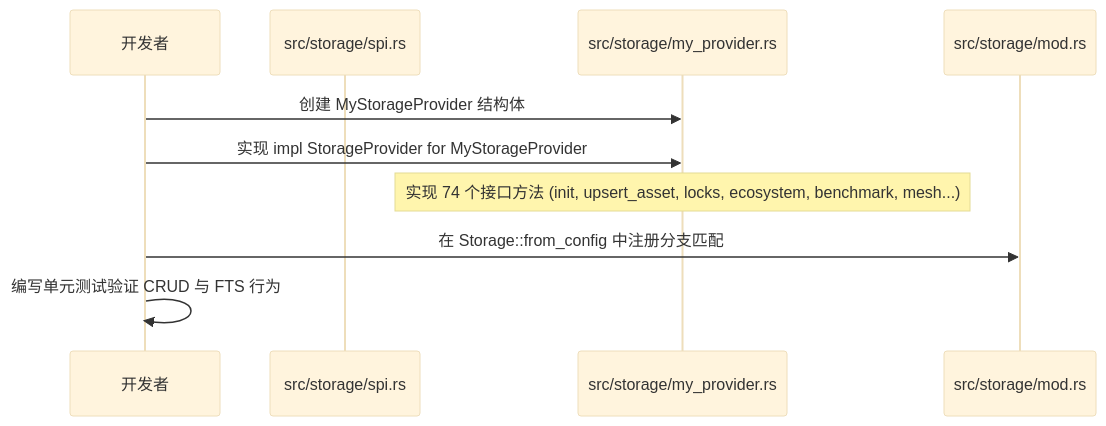
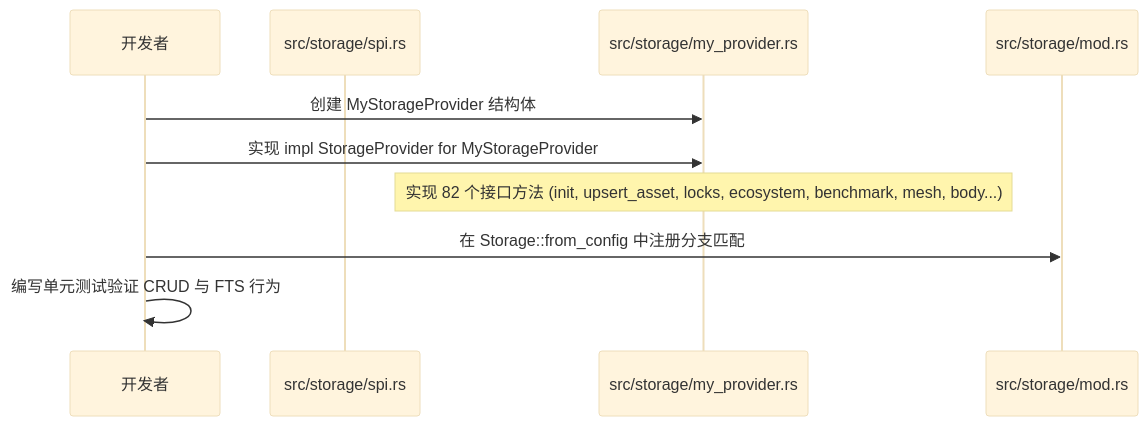
One commit to digoal/agent-body changed the second of 2 diagrams in arch/02-for-developers.md. Above: the diagram before and after it, drawn with Mermaid (base theme). The commit also changed other lines of this file and 82 other files, not shown here.

````diff
--- a/arch/02-for-developers.md
+++ b/arch/02-for-developers.md
@@ -158,13 +162,13 @@
 ```mermaid
 sequenceDiagram
     participant Dev as 开发者
     participant SPI as src/storage/spi.rs
     participant Impl as src/storage/my_provider.rs
     participant Facade as src/storage/mod.rs
 
     Dev->>Impl: 创建 MyStorageProvider 结构体
     Dev->>Impl: 实现 impl StorageProvider for MyStorageProvider
-    Note over Impl: 实现 74 个接口方法 (init, upsert_asset, locks, ecosystem, benchmark, mesh...)
+    Note over Impl: 实现 82 个接口方法 (init, upsert_asset, locks, ecosystem, benchmark, mesh, body...)
     Dev->>Facade: 在 Storage::from_config 中注册分支匹配
     Dev->>Dev: 编写单元测试验证 CRUD 与 FTS 行为
 ```
````
